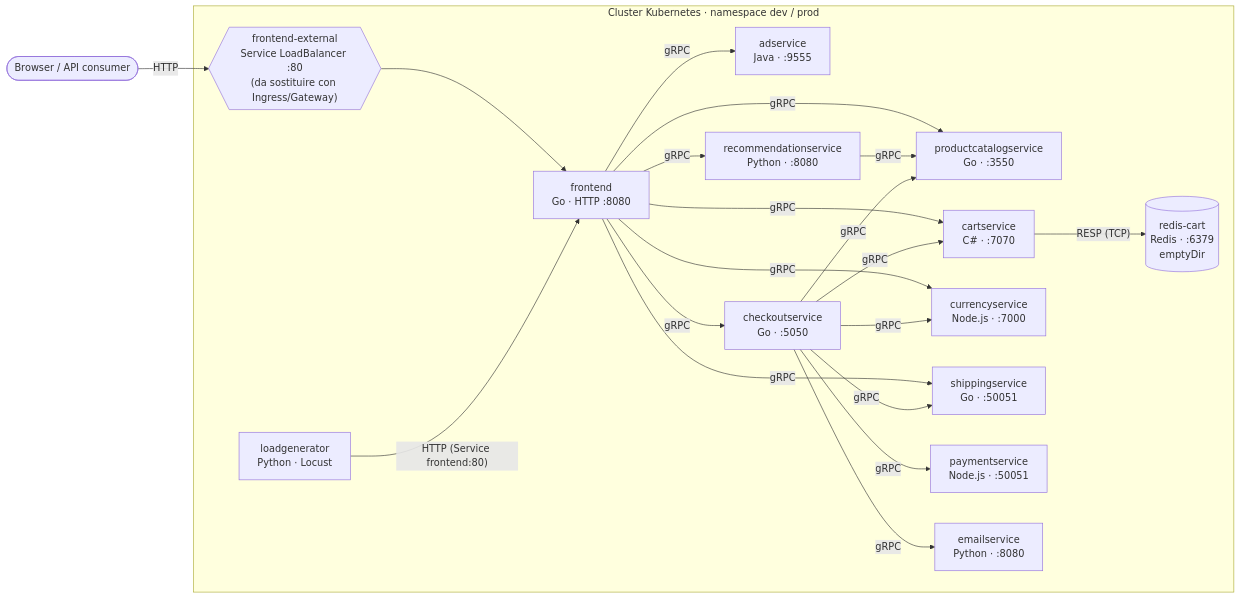
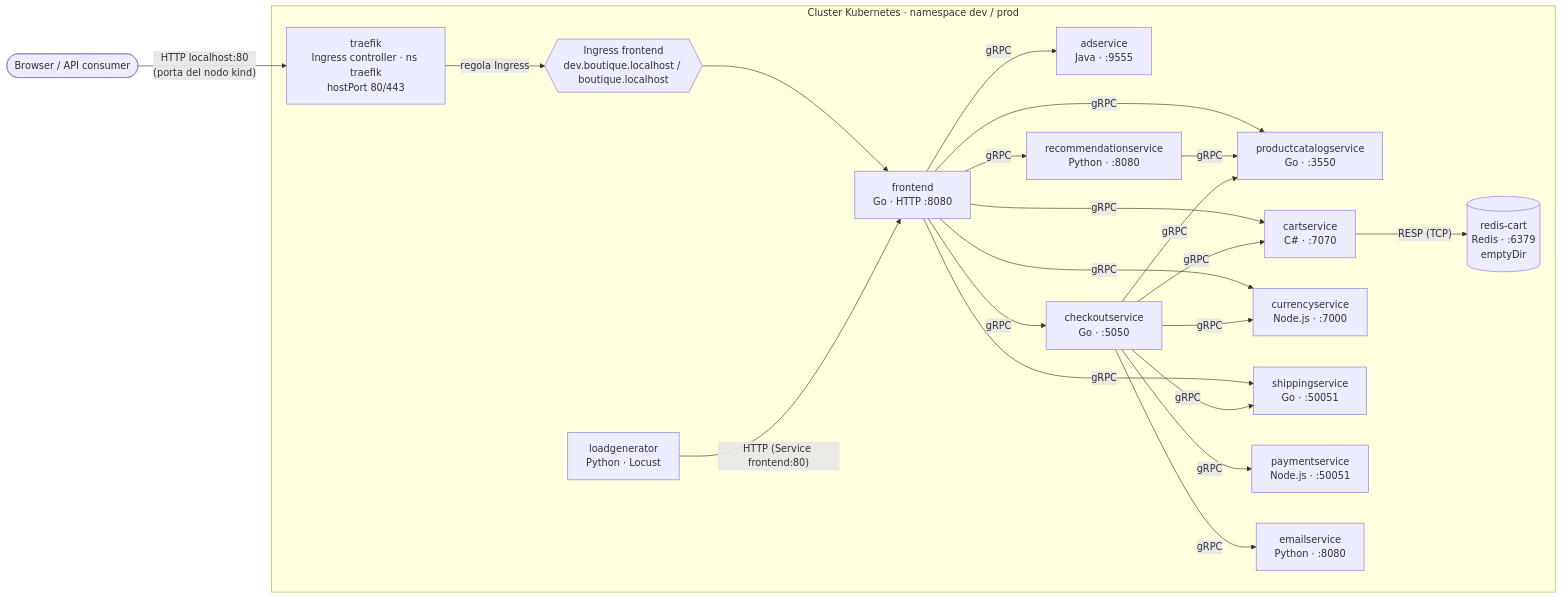
One commit to gverro/microservices-demo changed the diagram in docs/ARCHITECTURE.md. Above: the diagram before and after it, drawn with Mermaid. The commit also changed other lines of this file and 5 other files, not shown here.

Commit message:
docs: refresh architecture, security and quickstart after phase 2 review

````diff
--- a/docs/ARCHITECTURE.md
+++ b/docs/ARCHITECTURE.md
@@ -14,38 +14,40 @@
 ```mermaid
 flowchart LR
     user([Browser / API consumer])
 
     subgraph cluster["Cluster Kubernetes · namespace dev / prod"]
-        ext{{"frontend-external<br/>Service LoadBalancer :80<br/>(da sostituire con Ingress/Gateway)"}}
+        ing{{"Ingress frontend<br/>dev.boutique.localhost / boutique.localhost"}}
+        tr[traefik<br/>Ingress controller · ns traefik<br/>hostPort 80/443]
         lg[loadgenerator<br/>Python · Locust]
         fe[frontend<br/>Go · HTTP :8080]
         ad[adservice<br/>Java · :9555]
         rec[recommendationservice<br/>Python · :8080]
         pc[productcatalogservice<br/>Go · :3550]
         cart[cartservice<br/>C# · :7070]
         cur[currencyservice<br/>Node.js · :7000]
         ship[shippingservice<br/>Go · :50051]
         co[checkoutservice<br/>Go · :5050]
         pay[paymentservice<br/>Node.js · :50051]
         email[emailservice<br/>Python · :8080]
         redis[(redis-cart<br/>Redis · :6379<br/>emptyDir)]
     end
 
-    user -- HTTP --> ext --> fe
+    user -- "HTTP localhost:80<br/>(porta del nodo kind)" --> tr
+    tr -- "regola Ingress" --> ing --> fe
     lg -- "HTTP (Service frontend:80)" --> fe
     fe -- gRPC --> ad
     fe -- gRPC --> rec
     fe -- gRPC --> pc
     fe -- gRPC --> cart
     fe -- gRPC --> cur
     fe -- gRPC --> ship
     fe -- gRPC --> co
     rec -- gRPC --> pc
     co -- gRPC --> pc
     co -- gRPC --> cart
     co -- gRPC --> cur
     co -- gRPC --> ship
     co -- gRPC --> pay
     co -- gRPC --> email
     cart -- "RESP (TCP)" --> redis
 ```
````
